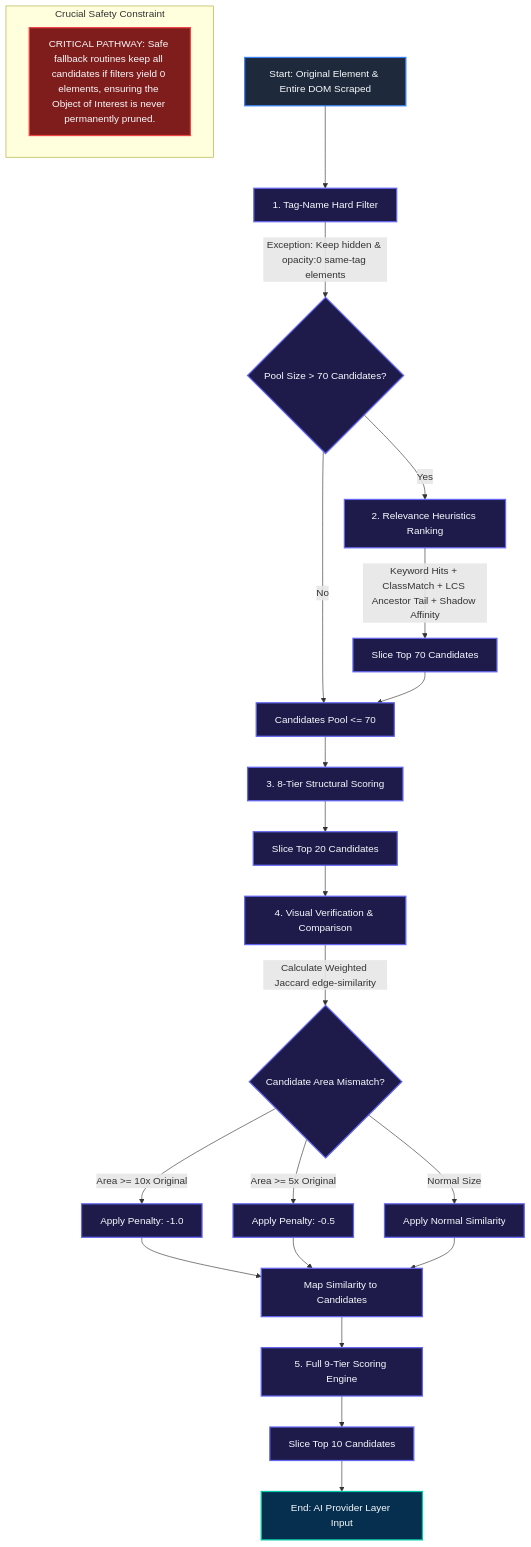
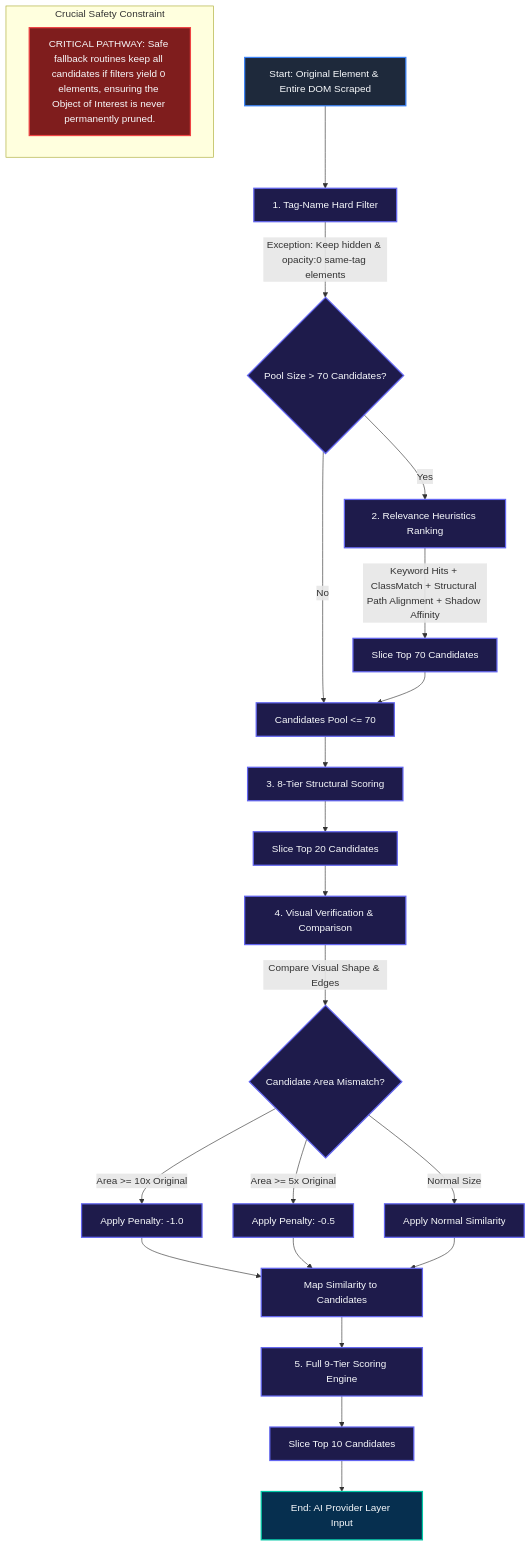
Before and after one commit to shambhoo-narwaria/reLOCATE.AI-Intelligent-Element-Recovery-Engine: the fourth of 4 diagrams in docs/project-architecture.md, drawn with Mermaid. The commit also changed other lines of this file, not shown here.

````diff
--- a/docs/project-architecture.md
+++ b/docs/project-architecture.md
@@ -186,37 +175,37 @@
 ```mermaid
 flowchart TD
     %% Styling
     classDef input fill:#1e293b,stroke:#3b82f6,stroke-width:2px,color:#f8fafc;
     classDef stage fill:#1e1b4b,stroke:#6366f1,stroke-width:2px,color:#f8fafc;
     classDef crucial fill:#7f1d1d,stroke:#ef4444,stroke-width:2px,color:#f8fafc;
     classDef output fill:#062f4f,stroke:#00c9a7,stroke-width:2px,color:#f8fafc;
 
     A["Start: Original Element & Entire DOM Scraped"]:::input --> B["1. Tag-Name Hard Filter"]:::stage
     B -->|Exception: Keep hidden & opacity:0 same-tag elements| C{"Pool Size > 70 Candidates?"}:::stage
     
     C -->|Yes| D["2. Relevance Heuristics Ranking"]:::stage
-    D -->|Keyword Hits + ClassMatch + LCS Ancestor Tail + Shadow Affinity| E["Slice Top 70 Candidates"]:::stage
+    D -->|Keyword Hits + ClassMatch + Structural Path Alignment + Shadow Affinity| E["Slice Top 70 Candidates"]:::stage
     C -->|No| F["Candidates Pool <= 70"]:::stage
     E --> F
     
     F --> G["3. 8-Tier Structural Scoring"]:::stage
     G --> H["Slice Top 20 Candidates"]:::stage
     
     H --> I["4. Visual Verification & Comparison"]:::stage
-    I -->|Calculate Weighted Jaccard edge-similarity| J{"Candidate Area Mismatch?"}:::stage
+    I -->|Compare Visual Shape & Edges| J{"Candidate Area Mismatch?"}:::stage
     J -->|Area >= 10x Original| K["Apply Penalty: -1.0"]:::stage
     J -->|Area >= 5x Original| L["Apply Penalty: -0.5"]:::stage
     J -->|Normal Size| M["Apply Normal Similarity"]:::stage
     
     K --> N["Map Similarity to Candidates"]:::stage
     L --> N
     M --> N
     
     N --> O["5. Full 9-Tier Scoring Engine"]:::stage
     O --> P["Slice Top 10 Candidates"]:::stage
     P --> Q["End: AI Provider Layer Input"]:::output
 
     subgraph Crucial Safety Constraint
         R["CRITICAL PATHWAY: Safe fallback routines keep all candidates if filters yield 0 elements, ensuring the Object of Interest is never permanently pruned."]:::crucial
     end
 ```
````
